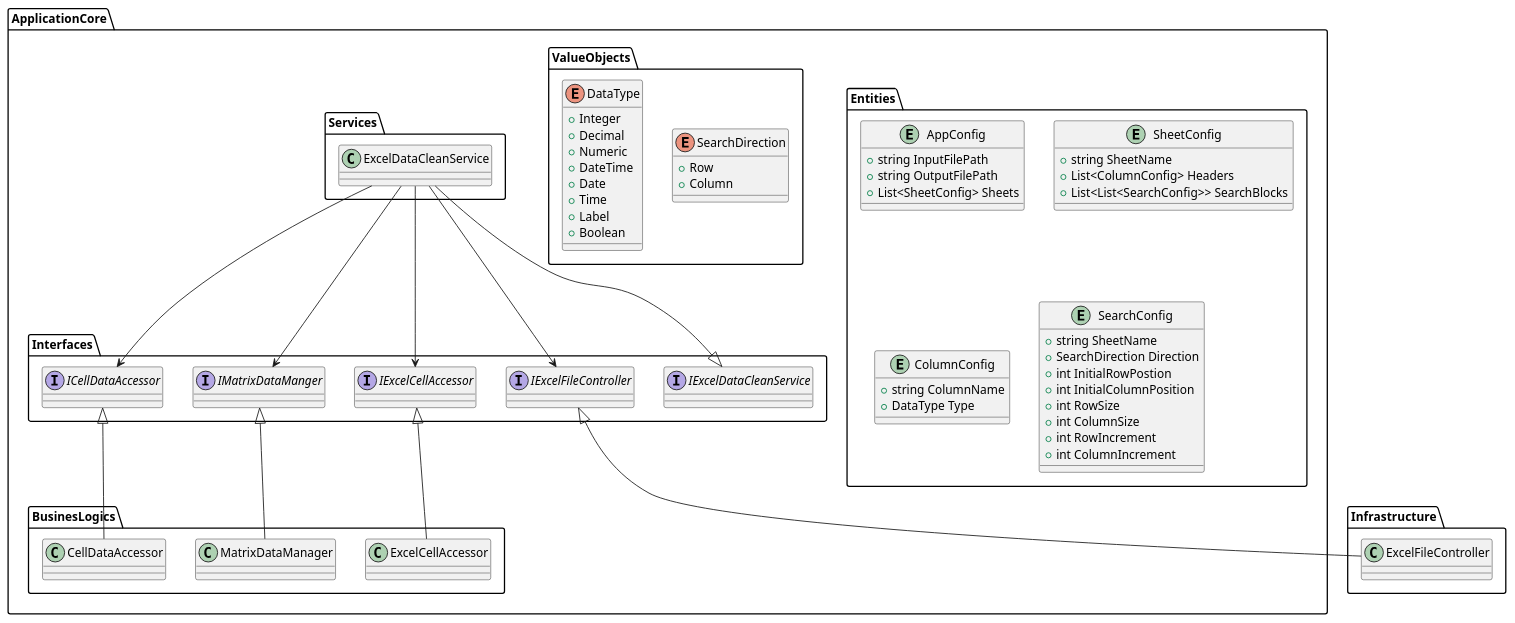
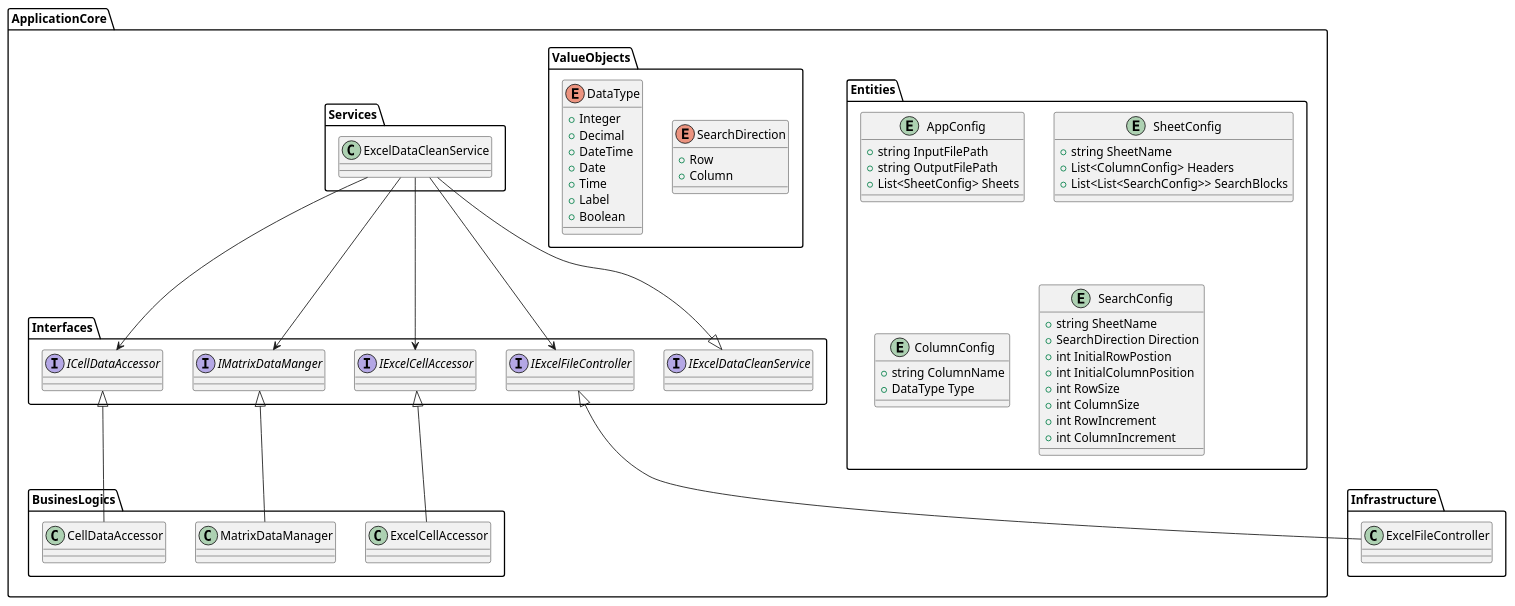
Before and after one commit to yasuaki-344/data-former: the diagram in docs/class-diagram.puml, drawn with PlantUML. The commit also changed 4 other files, not shown here.

```diff
--- a/docs/class-diagram.puml
+++ b/docs/class-diagram.puml
@@ -1,76 +1,75 @@
 @startuml class-diagram
 
 namespace ApplicationCore {
   namespace Entities {
     entity AppConfig {
       + string InputFilePath
       + string OutputFilePath
       + List<SheetConfig> Sheets
     }
     entity SheetConfig {
       + string SheetName
       + List<ColumnConfig> Headers
       + List<List<SearchConfig>> SearchBlocks
     }
     entity ColumnConfig {
       + string ColumnName
       + DataType Type
     }
     entity SearchConfig {
       + string SheetName
       + SearchDirection Direction
       + int InitialRowPostion
       + int InitialColumnPosition
       + int RowSize
       + int ColumnSize
       + int RowIncrement
       + int ColumnIncrement
     }
   }
   namespace ValueObjects {
     enum SearchDirection {
       + Row
       + Column
     }
     enum DataType {
       + Integer
       + Decimal
-      + Numeric
       + DateTime
       + Date
       + Time
       + Label
       + Boolean
     }
   }
   namespace Interfaces {
     interface IExcelDataCleanService
     interface IExcelFileController
     interface IExcelCellAccessor
     interface IMatrixDataManger
     interface ICellDataAccessor
   }
   namespace Services {
     class ExcelDataCleanService
   }
   namespace BusinesLogics {
     class ExcelCellAccessor
     class MatrixDataManager
     class CellDataAccessor
   }
 }
 namespace Infrastructure {
   class ExcelFileController
 }
 ApplicationCore.Interfaces.IExcelDataCleanService <|-- ApplicationCore.Services.ExcelDataCleanService
 ApplicationCore.Interfaces.IExcelCellAccessor <|-- ApplicationCore.BusinesLogics.ExcelCellAccessor
 ApplicationCore.Interfaces.IMatrixDataManger <|-- ApplicationCore.BusinesLogics.MatrixDataManager
 ApplicationCore.Interfaces.ICellDataAccessor <|-- ApplicationCore.BusinesLogics.CellDataAccessor
 ApplicationCore.Interfaces.IExcelFileController <|-- Infrastructure.ExcelFileController
 
 ApplicationCore.Services.ExcelDataCleanService --> ApplicationCore.Interfaces.IExcelFileController
 ApplicationCore.Services.ExcelDataCleanService --> ApplicationCore.Interfaces.IExcelCellAccessor
 ApplicationCore.Services.ExcelDataCleanService --> ApplicationCore.Interfaces.IMatrixDataManger
 ApplicationCore.Services.ExcelDataCleanService --> ApplicationCore.Interfaces.ICellDataAccessor
 
 @enduml
```
